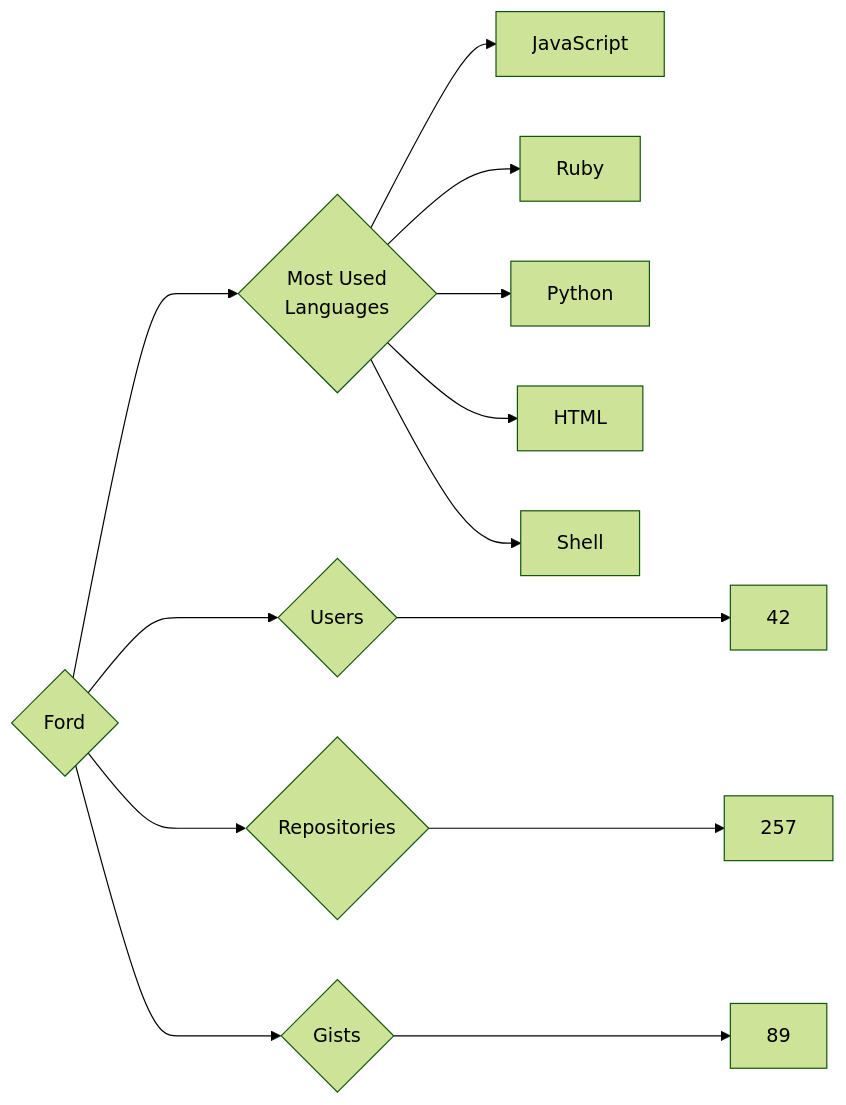
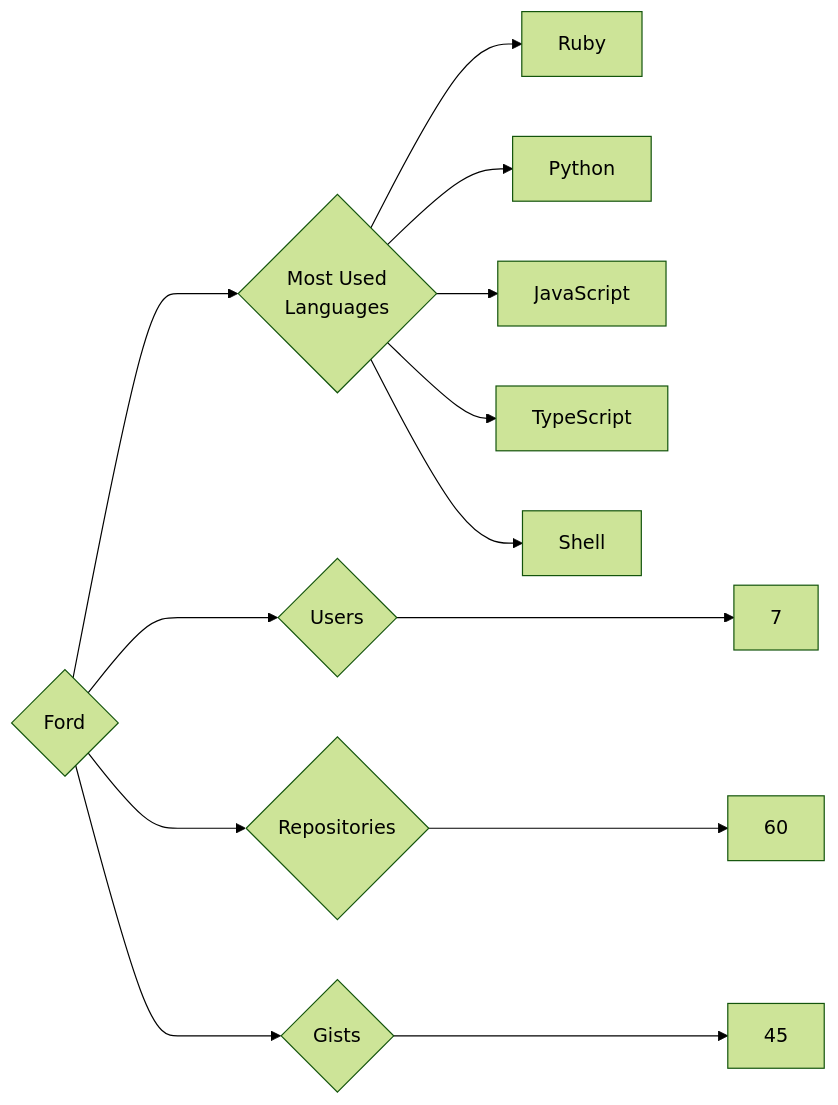
One commit to trickest/insiders changed the diagram in targets/Ford/README.md. Above: the diagram before and after it, drawn with Mermaid (forest theme). The commit also changed 676 other files, not shown here.

````diff
--- a/targets/Ford/README.md
+++ b/targets/Ford/README.md
@@ -3,13 +3,13 @@
 ```mermaid
 graph LR
 COMPANY_NAME{Ford}
-COMPANY_NAME ---> U{Users} ---> UN[42]
-COMPANY_NAME ---> R{Repositories} ---> RN[257]
-COMPANY_NAME ---> G{Gists} ---> GN[89]
+COMPANY_NAME ---> U{Users} ---> UN[7]
+COMPANY_NAME ---> R{Repositories} ---> RN[60]
+COMPANY_NAME ---> G{Gists} ---> GN[45]
 COMPANY_NAME ---> ML{Most Used<br>Languages}
-ML --> JavaScript[JavaScript]
 ML --> Ruby[Ruby]
 ML --> Python[Python]
-ML --> HTML[HTML]
+ML --> JavaScript[JavaScript]
+ML --> TypeScript[TypeScript]
 ML --> Shell[Shell]
 ```
````
